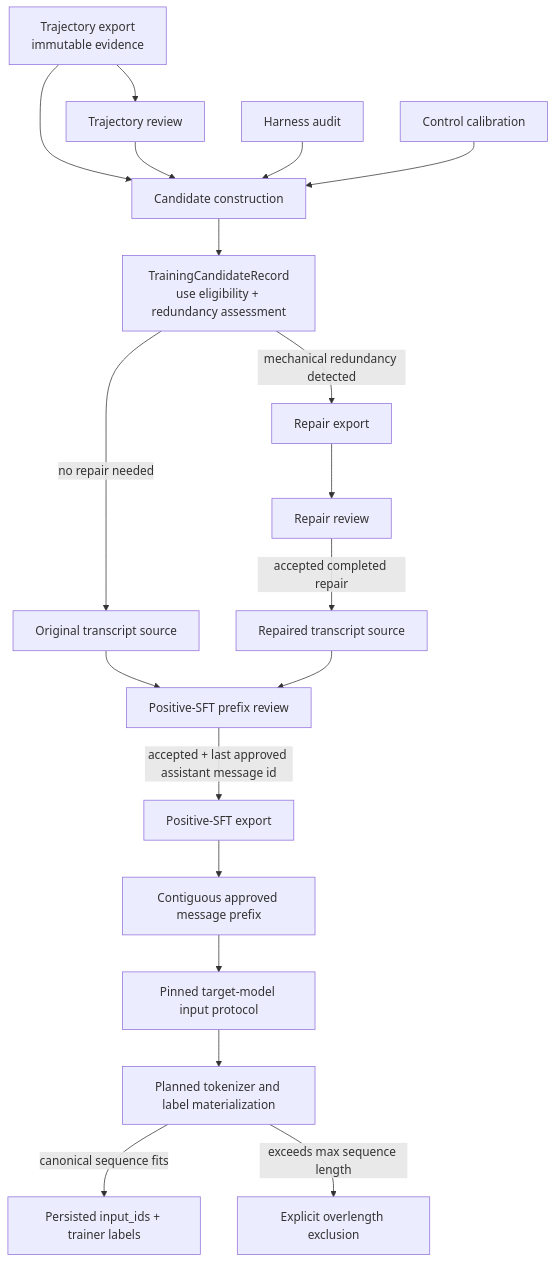
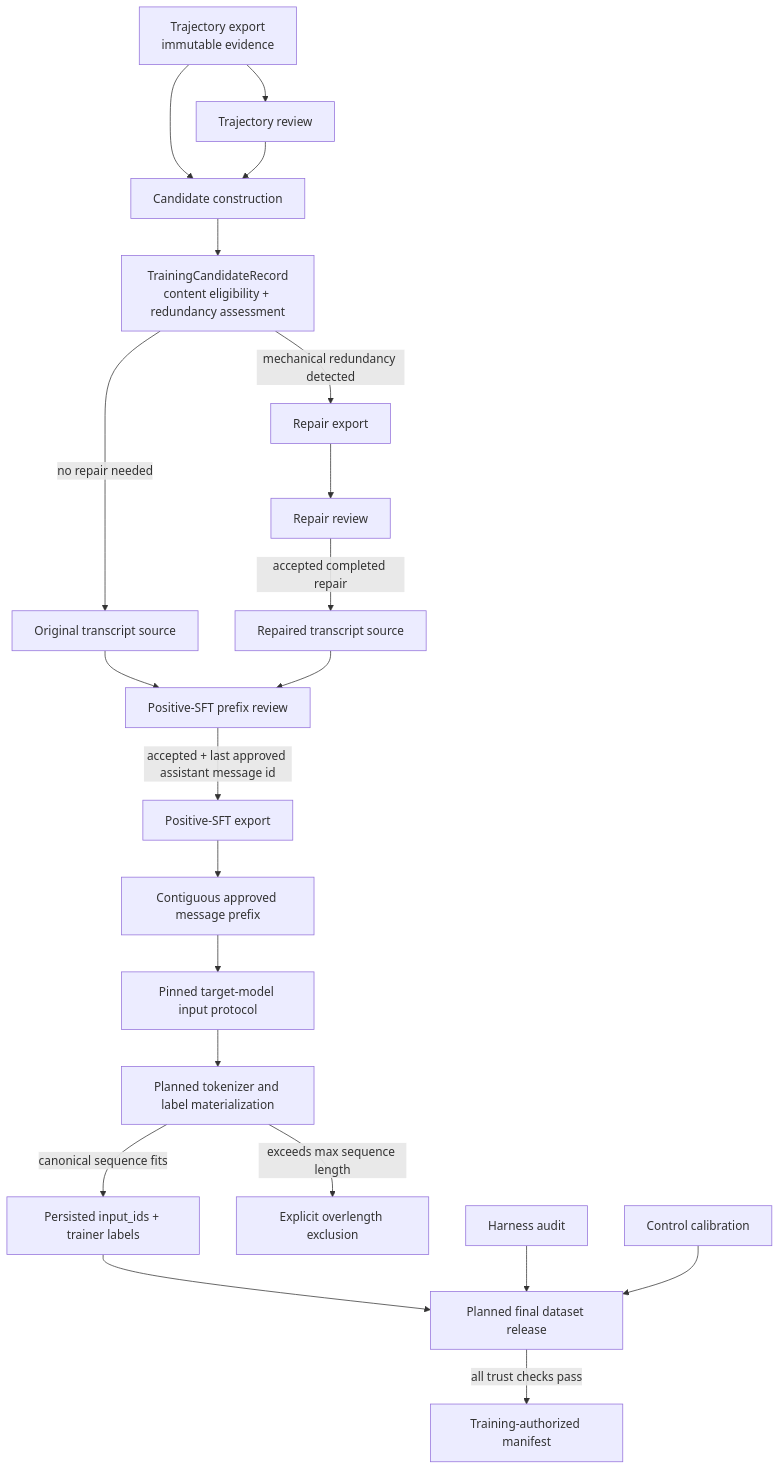
One commit to kshitijg92/agentenv-posttraining-lab changed the diagram in src/agentenv/training/README.md. Above: the diagram before and after it, drawn with Mermaid. The commit also changed other lines of this file and 33 other files, not shown here.

Commit message:
move harness trust gating to training set export and not while training set building

````diff
--- a/src/agentenv/training/README.md
+++ b/src/agentenv/training/README.md
@@ -29,23 +33,25 @@
 ```mermaid
 flowchart TD
     T[Trajectory export<br/>immutable evidence] --> TR[Trajectory review]
     T --> C
     TR --> C[Candidate construction]
-    HA[Harness audit] --> C
-    CC[Control calibration] --> C
 
-    C --> TC[TrainingCandidateRecord<br/>use eligibility + redundancy assessment]
+    C --> TC[TrainingCandidateRecord<br/>content eligibility + redundancy assessment]
     TC -->|no repair needed| O[Original transcript source]
     TC -->|mechanical redundancy detected| RE[Repair export]
     RE --> RR[Repair review]
     RR -->|accepted completed repair| RP[Repaired transcript source]
 
     O --> SR[Positive-SFT prefix review]
     RP --> SR
     SR -->|accepted + last approved assistant message id| SE[Positive-SFT export]
     SE --> P[Contiguous approved message prefix]
     P --> IP[Pinned target-model input protocol]
     IP --> TM[Planned tokenizer and label materialization]
     TM -->|canonical sequence fits| TS[Persisted input_ids + trainer labels]
     TM -->|exceeds max sequence length| OE[Explicit overlength exclusion]
+    TS --> DR[Planned final dataset release]
+    HA[Harness audit] --> DR
+    CC[Control calibration] --> DR
+    DR -->|all trust checks pass| AU[Training-authorized manifest]
 ```
````
